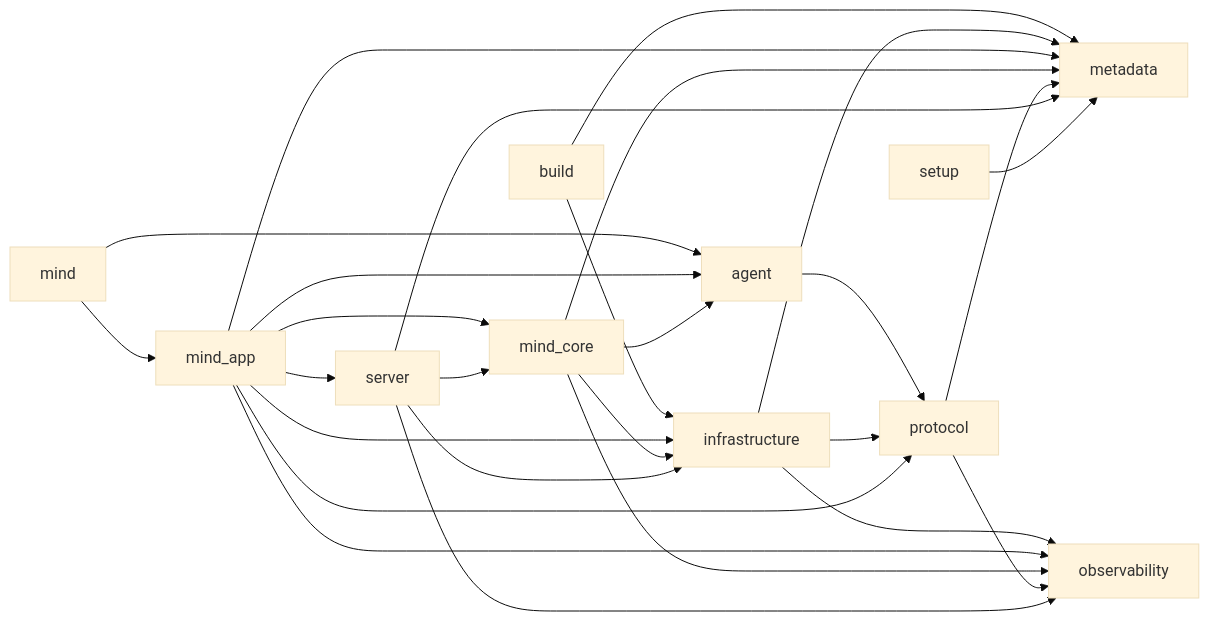
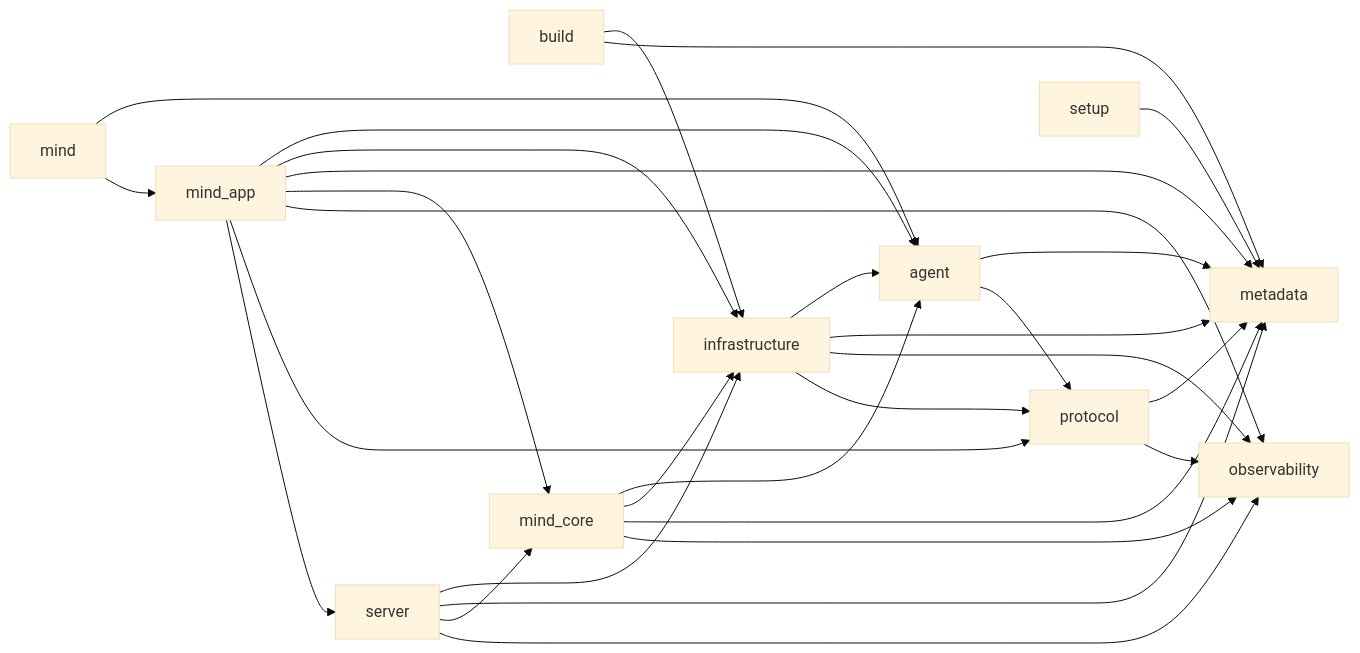
One commit to AxionixLabs/ProxyMind changed the diagram in AGENT_RUNTIME_IMPORT_GRAPH.md. Above: the diagram before and after it, drawn with Mermaid (base theme). The commit also changed other lines of this file and 34 other files, not shown here.

````diff
--- a/AGENT_RUNTIME_IMPORT_GRAPH.md
+++ b/AGENT_RUNTIME_IMPORT_GRAPH.md
@@ -15,29 +15,31 @@
 ```mermaid
 flowchart LR
+    agent --> metadata
     agent --> protocol
     build --> infrastructure
     build --> metadata
+    infrastructure --> agent
     infrastructure --> metadata
     infrastructure --> observability
     infrastructure --> protocol
     mind --> agent
     mind --> mind_app
     mind_app --> agent
     mind_app --> infrastructure
     mind_app --> metadata
     mind_app --> mind_core
     mind_app --> observability
     mind_app --> protocol
     mind_app --> server
     mind_core --> agent
     mind_core --> infrastructure
     mind_core --> metadata
     mind_core --> observability
     protocol --> metadata
     protocol --> observability
     server --> infrastructure
     server --> metadata
     server --> mind_core
     server --> observability
     setup --> metadata
 ```
````
